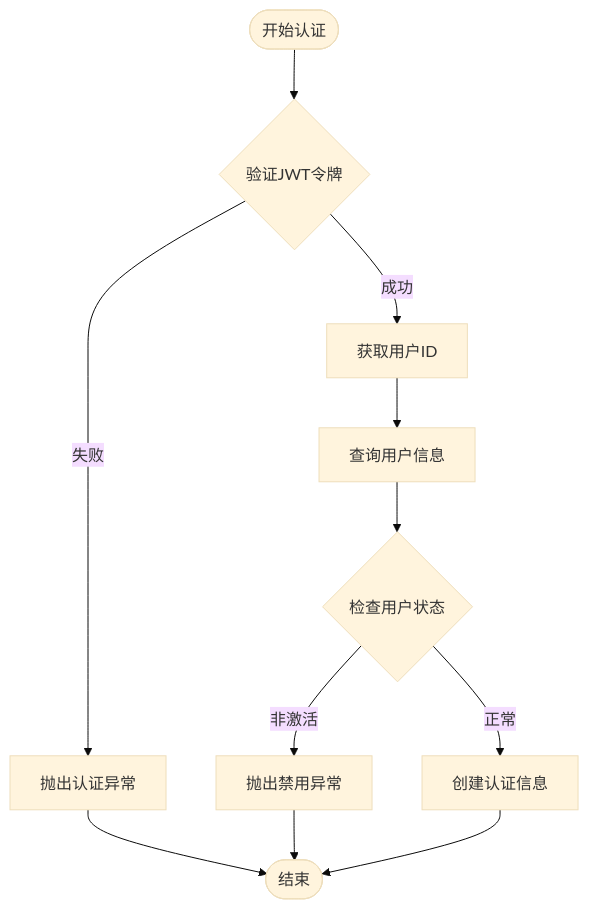
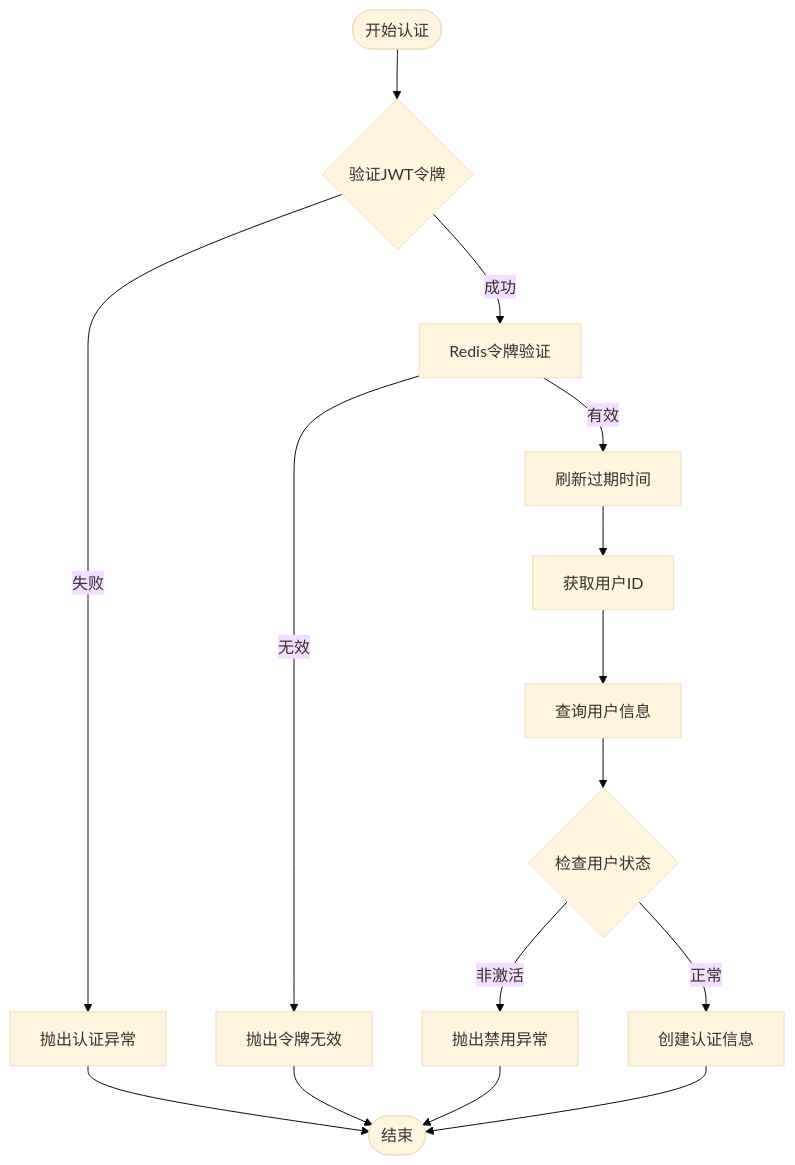
The eighth of 12 diagrams in .qoder/repowiki/zh/content/安全认证系统/Shiro安全配置.md (20164206160/zhishilu), drawn with Mermaid (base theme) before and after one commit. The commit also changed other lines of this file and 28 other files, not shown here.

````diff
--- a/.qoder/repowiki/zh/content/安全认证系统/Shiro安全配置.md
+++ b/.qoder/repowiki/zh/content/安全认证系统/Shiro安全配置.md
@@ -286,13 +336,17 @@
 ```mermaid
 flowchart TD
 Start([开始认证]) --> ValidateToken{验证JWT令牌}
 ValidateToken --> |失败| ThrowAuth[抛出认证异常]
-ValidateToken --> |成功| GetUserId[获取用户ID]
+ValidateToken --> |成功| ValidateRedis[Redis令牌验证]
+ValidateRedis --> |无效| ThrowInvalid[抛出令牌无效]
+ValidateRedis --> |有效| RefreshExpire[刷新过期时间]
+RefreshExpire --> GetUserId[获取用户ID]
 GetUserId --> QueryUser[查询用户信息]
 QueryUser --> CheckStatus{检查用户状态}
 CheckStatus --> |非激活| ThrowDisabled[抛出禁用异常]
 CheckStatus --> |正常| CreateAuthInfo[创建认证信息]
 ThrowAuth --> End([结束])
+ThrowInvalid --> End
 ThrowDisabled --> End
 CreateAuthInfo --> End
 ```
````
